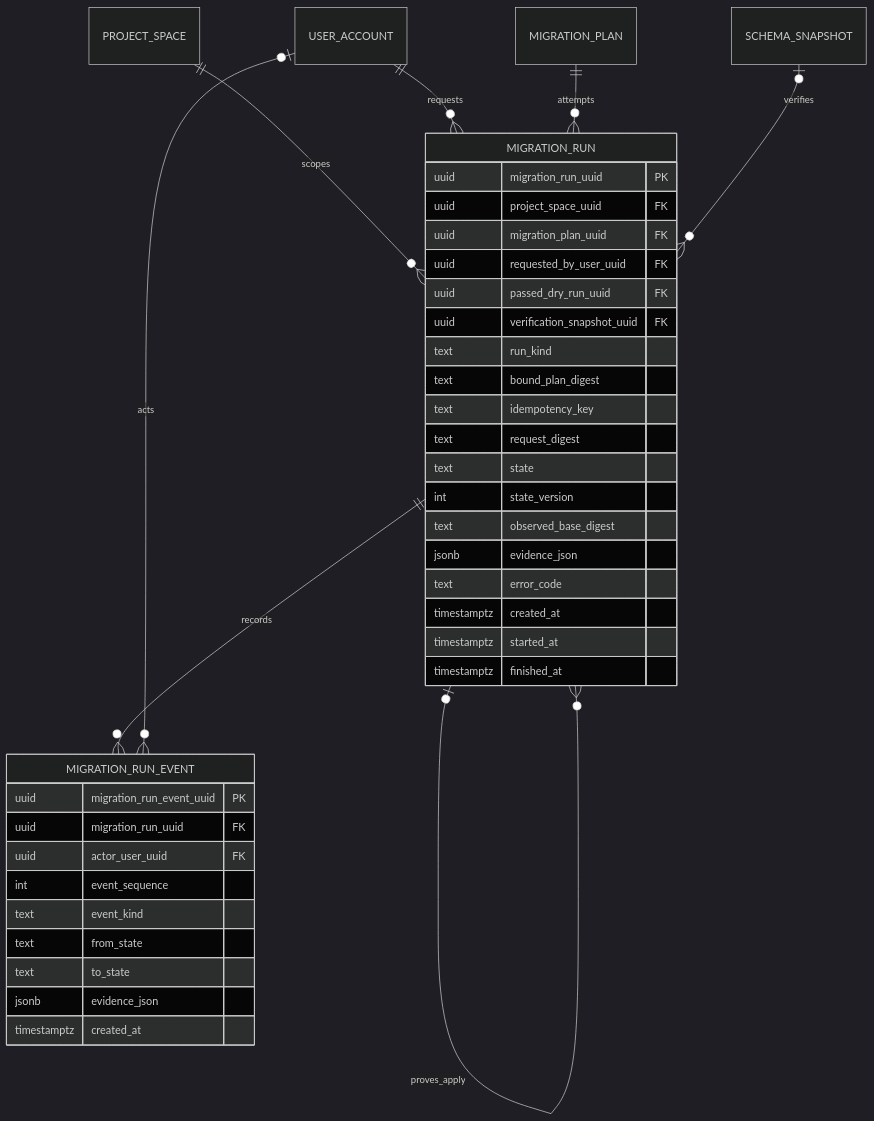
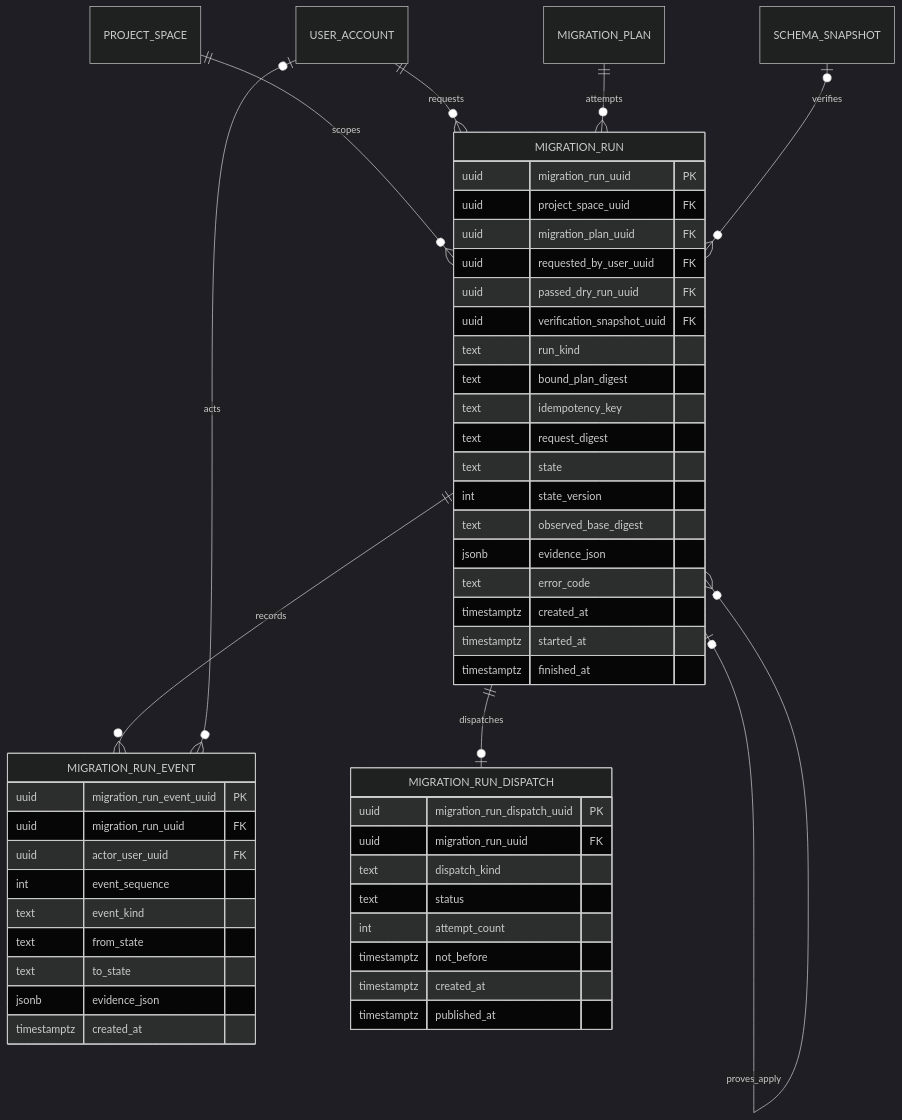
Before and after one commit to ContextualWisdomLab/pg-erd-cloud: the second of 2 diagrams in docs/DATA_MODEL.md, drawn with Mermaid (dark theme). The commit also changed other lines of this file and 13 other files, not shown here.

Commit message:
feat: persist dry-run dispatch outbox

````diff
--- a/docs/DATA_MODEL.md
+++ b/docs/DATA_MODEL.md
@@ -217,42 +232,53 @@
 ```mermaid
 erDiagram
   PROJECT_SPACE ||--o{ MIGRATION_RUN : scopes
   USER_ACCOUNT ||--o{ MIGRATION_RUN : requests
   MIGRATION_PLAN ||--o{ MIGRATION_RUN : attempts
   MIGRATION_RUN o|--o{ MIGRATION_RUN : proves_apply
   SCHEMA_SNAPSHOT o|--o{ MIGRATION_RUN : verifies
   MIGRATION_RUN ||--o{ MIGRATION_RUN_EVENT : records
+  MIGRATION_RUN ||--o| MIGRATION_RUN_DISPATCH : dispatches
   USER_ACCOUNT o|--o{ MIGRATION_RUN_EVENT : acts
 
   MIGRATION_RUN {
     uuid migration_run_uuid PK
     uuid project_space_uuid FK
     uuid migration_plan_uuid FK
     uuid requested_by_user_uuid FK
     uuid passed_dry_run_uuid FK
     uuid verification_snapshot_uuid FK
     text run_kind
     text bound_plan_digest
     text idempotency_key
     text request_digest
     text state
     int state_version
     text observed_base_digest
     jsonb evidence_json
     text error_code
     timestamptz created_at
     timestamptz started_at
     timestamptz finished_at
   }
   MIGRATION_RUN_EVENT {
     uuid migration_run_event_uuid PK
     uuid migration_run_uuid FK
     uuid actor_user_uuid FK
     int event_sequence
     text event_kind
     text from_state
     text to_state
     jsonb evidence_json
     timestamptz created_at
   }
+  MIGRATION_RUN_DISPATCH {
+    uuid migration_run_dispatch_uuid PK
+    uuid migration_run_uuid FK
+    text dispatch_kind
+    text status
+    int attempt_count
+    timestamptz not_before
+    timestamptz created_at
+    timestamptz published_at
+  }
 ```
````
